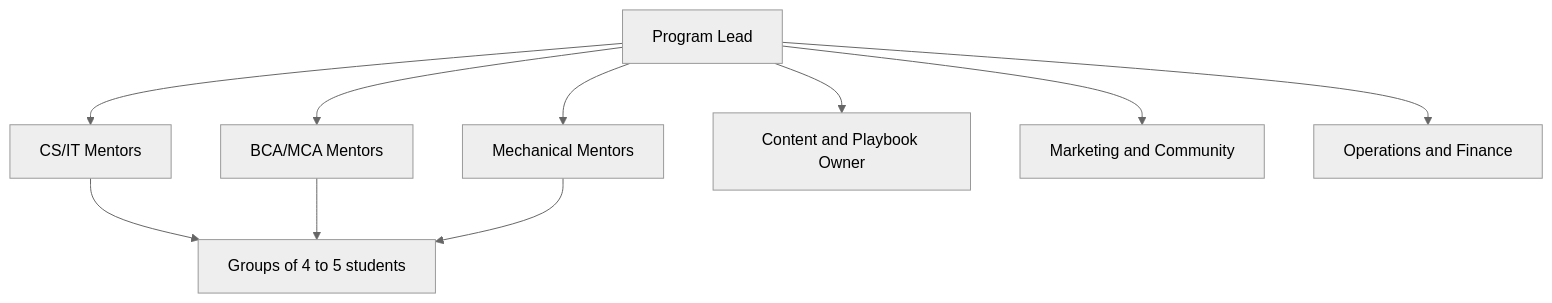
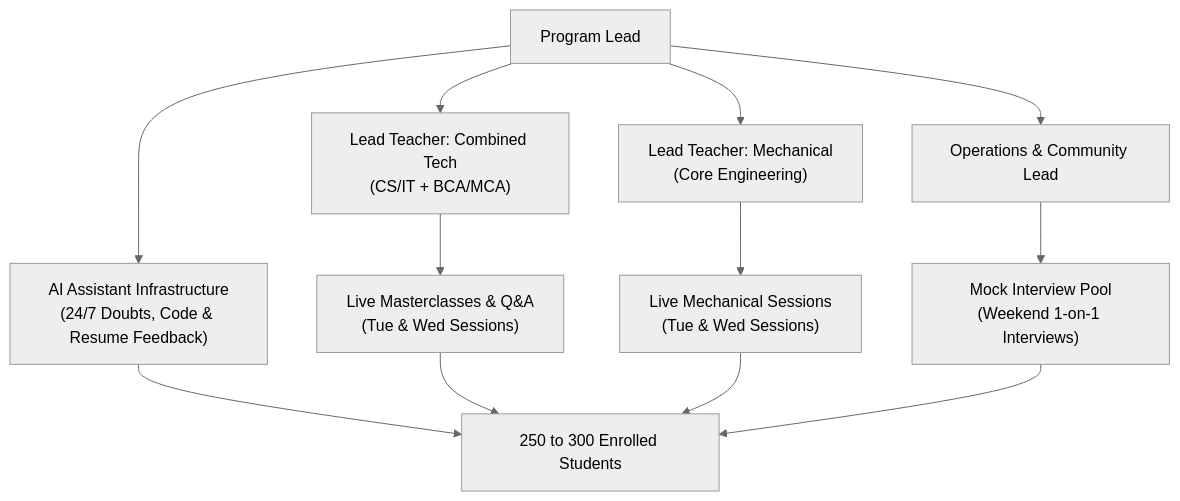
Before and after one commit to Anshitva7mishra/nms-placement-cohort: the diagram in docs/operations/mentor-structure.md, drawn with Mermaid (neutral theme). The commit also changed other lines of this file and 24 other files, not shown here.

````diff
--- a/docs/operations/mentor-structure.md
+++ b/docs/operations/mentor-structure.md
@@ -3,12 +5,17 @@
 ```mermaid
 flowchart TD
-    A["Program Lead"] --> B["CS/IT Mentors"]
-    A --> C["BCA/MCA Mentors"]
-    A --> D["Mechanical Mentors"]
-    A --> E["Content and Playbook Owner"]
-    A --> F["Marketing and Community"]
-    A --> G["Operations and Finance"]
-    B --> H["Groups of 4 to 5 students"]
-    C --> H
-    D --> H
+    A["Program Lead"] --> B["Lead Teacher: Combined Tech<br/>(CS/IT + BCA/MCA)"]
+    A --> C["Lead Teacher: Mechanical<br/>(Core Engineering)"]
+    A --> D["AI Assistant Infrastructure<br/>(24/7 Doubts, Code & Resume Feedback)"]
+    A --> E["Operations & Community Lead"]
+    
+    B --> F["Live Masterclasses & Q&A<br/>(Tue & Wed Sessions)"]
+    C --> G["Live Mechanical Sessions<br/>(Tue & Wed Sessions)"]
+    
+    D --> H["250 to 300 Enrolled Students"]
+    F --> H
+    G --> H
+    
+    E --> I["Mock Interview Pool<br/>(Weekend 1-on-1 Interviews)"]
+    I --> H
 ```
````
